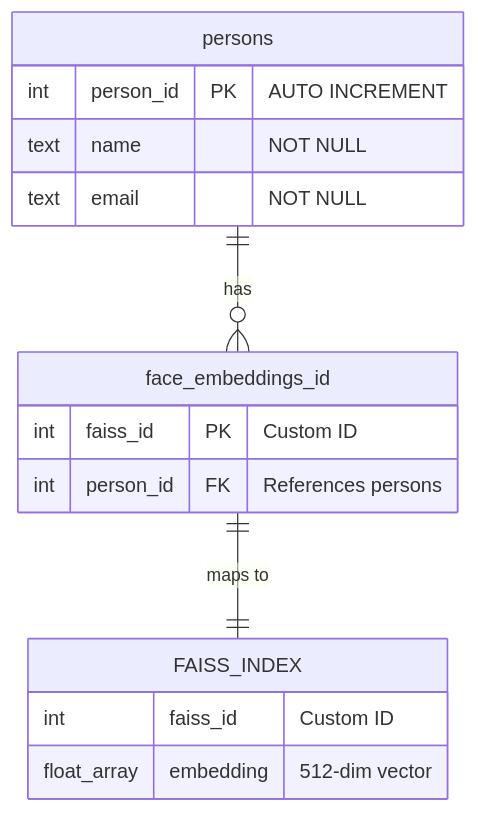
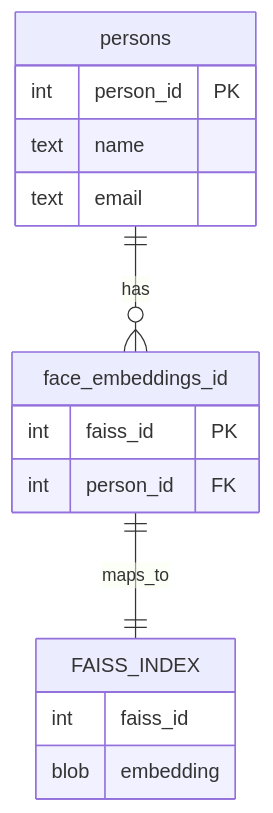
The third of 4 diagrams in README.md (AryanV-Coder/ProjectDrishti-SwachhBharat), drawn with Mermaid before and after one commit. The commit also changed other lines of this file, not shown here.

````diff
--- a/README.md
+++ b/README.md
@@ -85,18 +85,18 @@
 ```mermaid
 erDiagram
-    persons ||--o{ face_embeddings_id : "has"
+    persons ||--o{ face_embeddings_id : has
     persons {
-        int person_id PK "AUTO INCREMENT"
-        text name "NOT NULL"
-        text email "NOT NULL"
+        int person_id PK
+        text name
+        text email
     }
     face_embeddings_id {
-        int faiss_id PK "Custom ID"
-        int person_id FK "References persons"
+        int faiss_id PK
+        int person_id FK
     }
     FAISS_INDEX {
-        int faiss_id "Custom ID"
-        float_array embedding "512-dim vector"
+        int faiss_id
+        blob embedding
     }
-    face_embeddings_id ||--|| FAISS_INDEX : "maps to"
+    face_embeddings_id ||--|| FAISS_INDEX : maps_to
 ```
````
